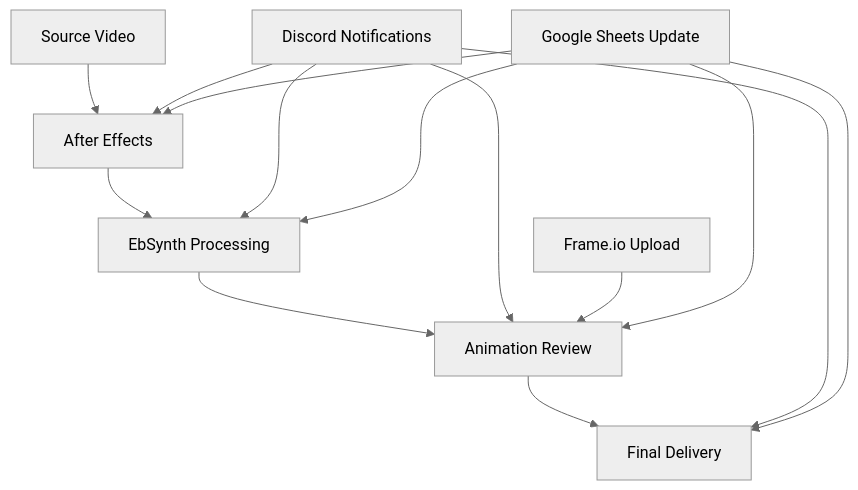
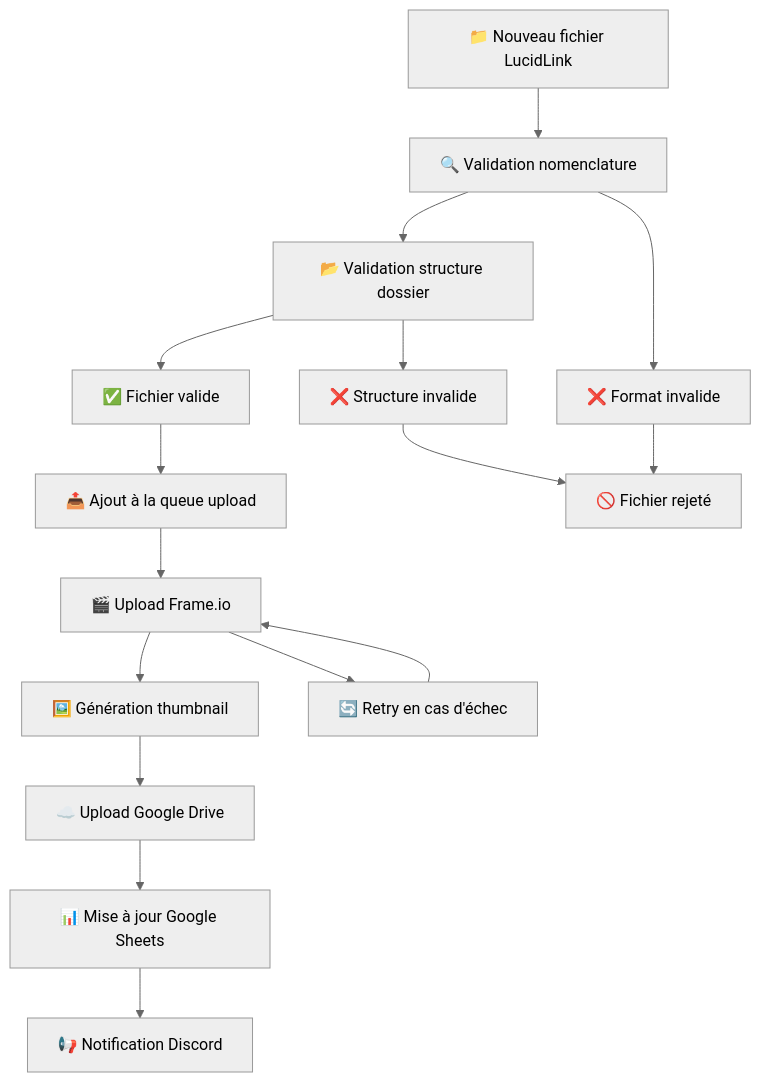
One commit to resizelab/rl_postflow changed the diagram in .github/README.md. Above: the diagram before and after it, drawn with Mermaid (neutral theme). The commit also changed other lines of this file, not shown here.

First line of the commit message:
docs: Mise à jour README GitHub - Cohérence pipeline réel v4.1.0

````diff
--- a/.github/README.md
+++ b/.github/README.md
@@ -89,18 +177,20 @@
 ```mermaid
 graph TD
-    A[Source Video] --> B[After Effects]
-    B --> C[EbSynth Processing]
-    C --> D[Animation Review]
-    D --> E[Final Delivery]
+    A[📁 Nouveau fichier LucidLink] --> B[🔍 Validation nomenclature]
+    B --> C[📂 Validation structure dossier]
+    C --> D[✅ Fichier valide]
+    D --> E[📤 Ajout à la queue upload]
+    E --> F[🎬 Upload Frame.io]
+    F --> G[🖼️ Génération thumbnail]
+    G --> H[☁️ Upload Google Drive]
+    H --> I[📊 Mise à jour Google Sheets]
+    I --> J[📢 Notification Discord]
     
-    F[Discord Notifications] --> B
-    F --> C
-    F --> D
-    F --> E
+    B --> K[❌ Format invalide]
+    C --> L[❌ Structure invalide]
+    K --> M[🚫 Fichier rejeté]
+    L --> M
     
-    G[Frame.io Upload] --> D
-    H[Google Sheets Update] --> B
-    H --> C
-    H --> D
-    H --> E
+    F --> N[🔄 Retry en cas d'échec]
+    N --> F
 ```
````
